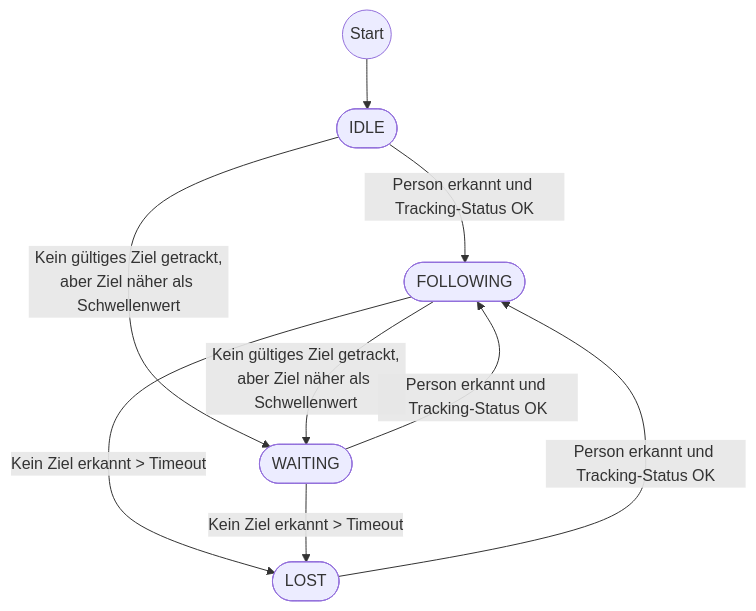
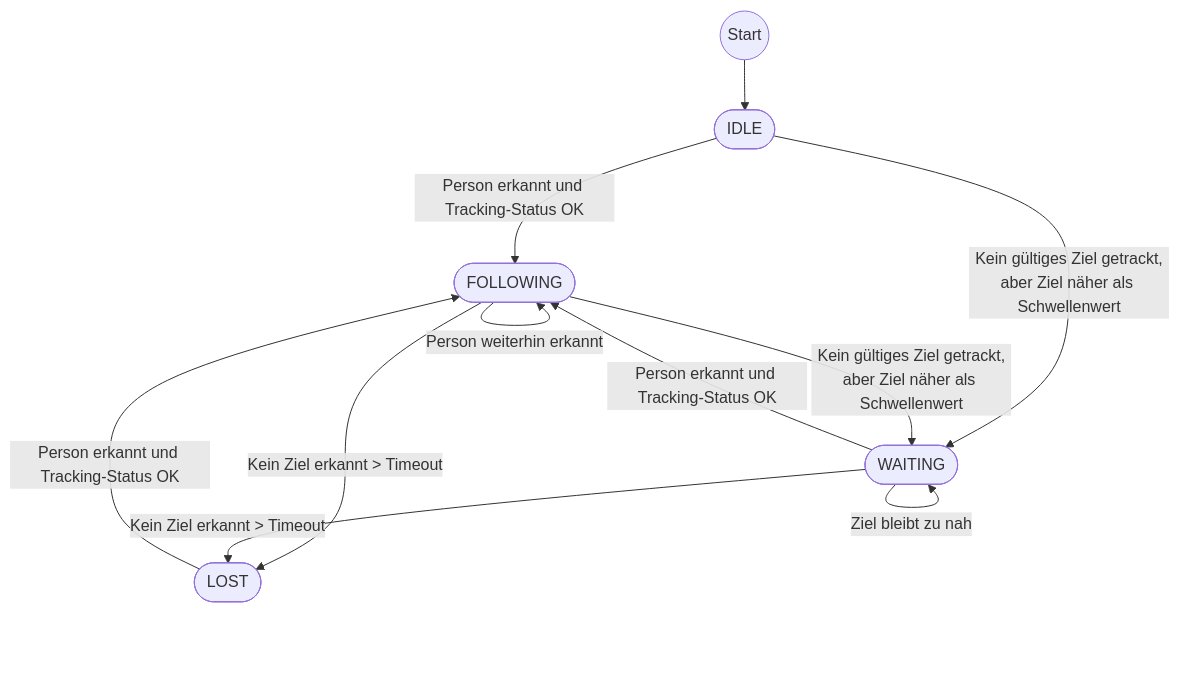
The diagram in all/未命名-3.md (RenhongLiu/iodraw-files), drawn with Mermaid before and after one commit.

Commit message:
2025-07-26 20:39:27 update

````diff
--- a/all/未命名-3.md
+++ b/all/未命名-3.md
@@ -1,30 +1,30 @@
 ```mermaid
 flowchart TD
     IDLE([IDLE])
     FOLLOWING([FOLLOWING])
     WAITING([WAITING])
     LOST([LOST])
 
     %% 系统启动，初始为IDLE
     START((Start)) --> IDLE
 
     %% 检测到有效目标
     IDLE -- "Person erkannt und Tracking-Status OK" --> FOLLOWING
     WAITING -- "Person erkannt und Tracking-Status OK" --> FOLLOWING
     LOST -- "Person erkannt und Tracking-Status OK" --> FOLLOWING
 
     %% 未能有效跟踪目标，但有目标很近
     IDLE -- "Kein gültiges Ziel getrackt,\naber Ziel näher als Schwellenwert" --> WAITING
     FOLLOWING -- "Kein gültiges Ziel getrackt,\naber Ziel näher als Schwellenwert" --> WAITING
 
     %% 目标丢失（长时间未检测到目标）
     FOLLOWING -- "Kein Ziel erkannt > Timeout" --> LOST
     WAITING -- "Kein Ziel erkannt > Timeout" --> LOST
 
 
     %% 保持当前状态的情况（可选，不画也行）
-    %% FOLLOWING -- "Person weiterhin erkannt" --> FOLLOWING
-    %% WAITING -- "Ziel bleibt zu nah" --> WAITING
+    FOLLOWING -- "Person weiterhin erkannt" --> FOLLOWING
+    WAITING -- "Ziel bleibt zu nah" --> WAITING
     %% LOST -- "Kein Ziel erkannt" --> LOST
 
 ```
````
